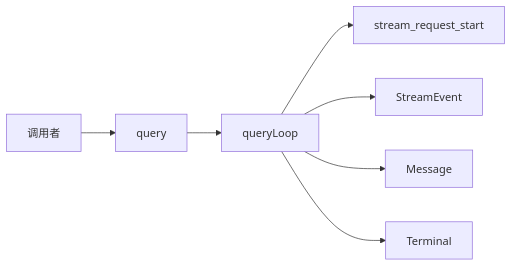
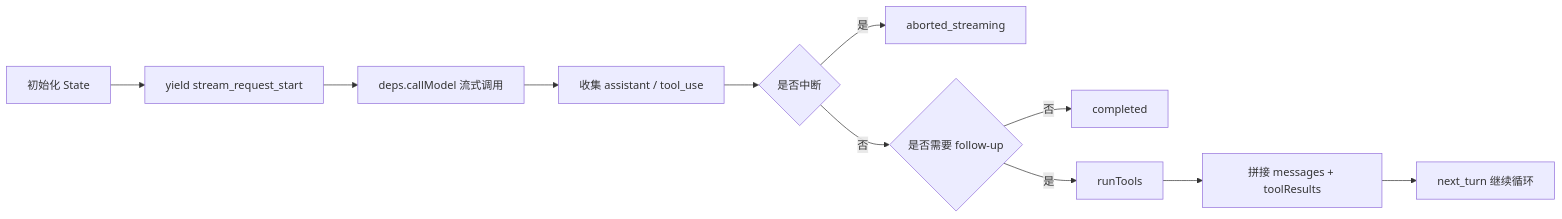
Before and after one commit to friendlyhank/claude-code-annotated: the diagram in notes/reviews/03-query-engine-layer.md, drawn with Mermaid. The commit also changed other lines of this file and 13 other files, not shown here.

````diff
--- a/notes/reviews/03-query-engine-layer.md
+++ b/notes/reviews/03-query-engine-layer.md
@@ -163,9 +18,13 @@
 ```mermaid
 flowchart LR
-    Caller[调用者] --> Query[query]
-    Query --> Loop[queryLoop]
-    Loop --> E1[stream_request_start]
-    Loop --> E2[StreamEvent]
-    Loop --> E3[Message]
-    Loop --> Done[Terminal]
+    Start[初始化 State] --> StreamStart[yield stream_request_start]
+    StreamStart --> CallModel[deps.callModel 流式调用]
+    CallModel --> Parse[收集 assistant / tool_use]
+    Parse --> Abort{是否中断}
+    Abort -->|是| AbortEnd[aborted_streaming]
+    Abort -->|否| FollowUp{是否需要 follow-up}
+    FollowUp -->|否| Completed[completed]
+    FollowUp -->|是| RunTools[runTools]
+    RunTools --> Merge[拼接 messages + toolResults]
+    Merge --> NextTurn[next_turn 继续循环]
 ```
````
